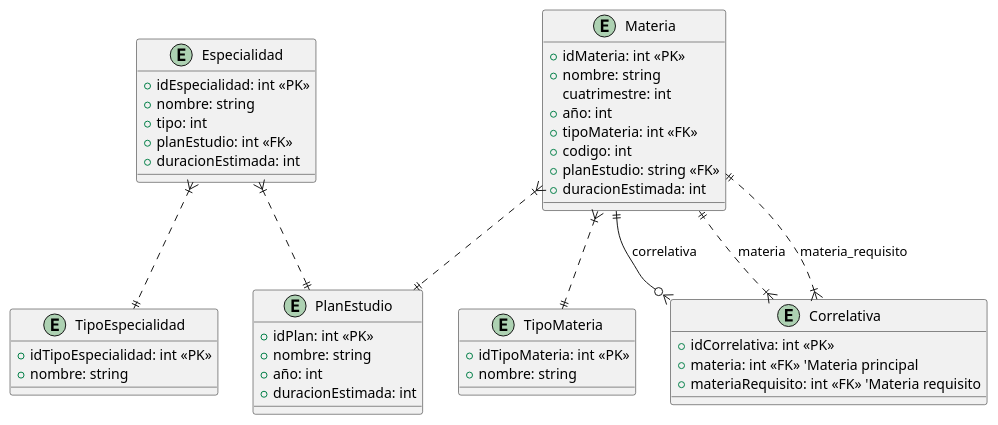
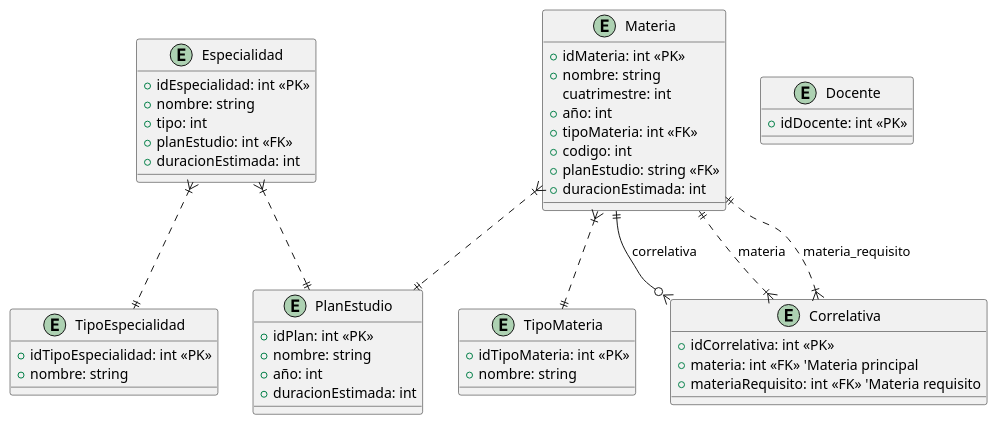
Before and after one commit to Medina-LisandroUTN/Sistema-Academico-2025: the diagram in CicloLectivo.puml, drawn with PlantUML.

Commit message:
prueba commit

```diff
--- a/CicloLectivo.puml
+++ b/CicloLectivo.puml
@@ -1,53 +1,57 @@
 @startuml CicloLectivo
 
 entity Especialidad {
   +idEspecialidad: int <<PK>>
   +nombre: string
   +tipo: int
   +planEstudio: int <<FK>>
   +duracionEstimada: int
 }
 
 entity TipoEspecialidad {
   +idTipoEspecialidad: int <<PK>>
   +nombre: string
 }
 
 entity Materia {
   +idMateria: int <<PK>>
   +nombre: string
   cuatrimestre: int
   +año: int
   +tipoMateria: int <<FK>>
   +codigo: int
   +planEstudio: string <<FK>>
   +duracionEstimada: int
 }
 
 entity TipoMateria {
   +idTipoMateria: int <<PK>>
   +nombre: string
 }
 
 entity PlanEstudio {
   +idPlan: int <<PK>>
   +nombre: string
   +año: int
   +duracionEstimada: int
 }
 
 entity Correlativa {
   +idCorrelativa: int <<PK>>
   +materia: int <<FK>> 'Materia principal
   +materiaRequisito: int <<FK>> 'Materia requisito
 }
 
+entity Docente {
+  +idDocente: int <<PK>>
+}
+
 Especialidad }|..|| PlanEstudio
 Materia }|..|| PlanEstudio
 Materia }|..|| TipoMateria
 Especialidad }|..|| TipoEspecialidad
 Materia ||--o{ Correlativa : "correlativa"
 Correlativa }|..|| Materia : "materia"
 Correlativa }|..|| Materia : "materia_requisito"
 
 @enduml
```
